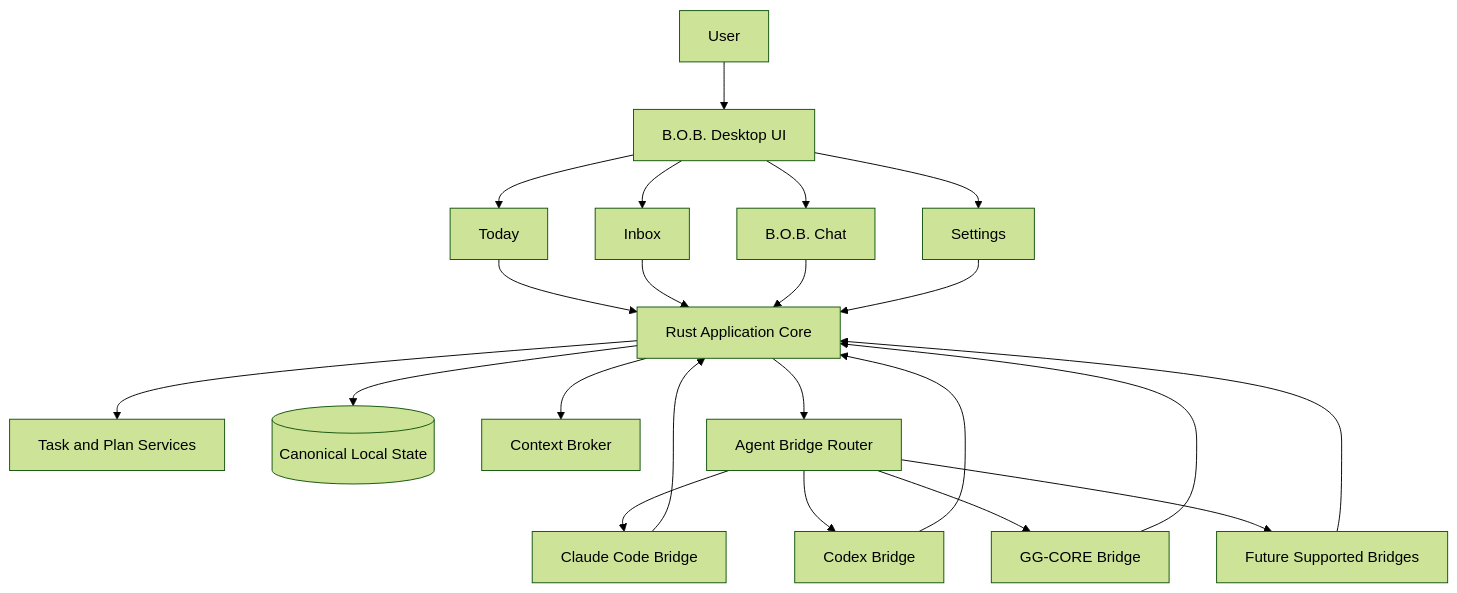
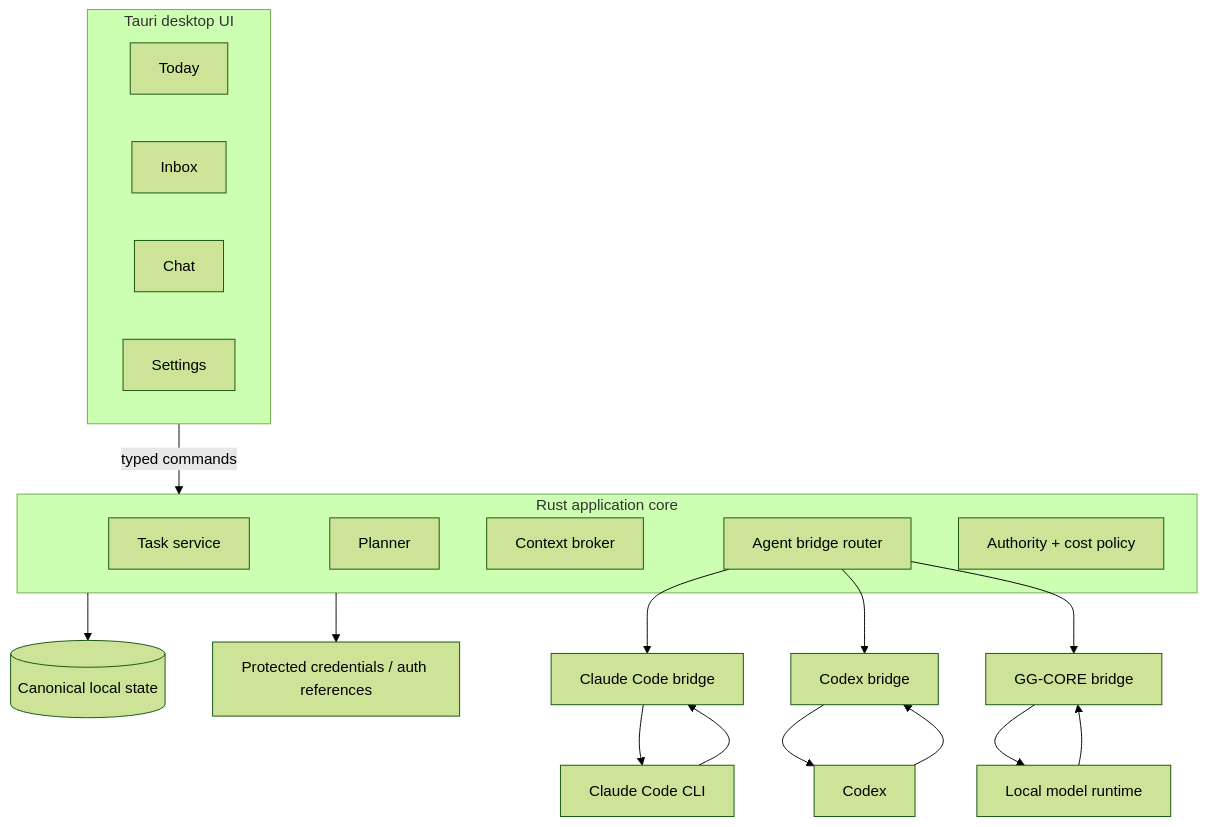
One commit to Knapp-Kevin/B.O.B. changed the fifth of 6 diagrams in README.md. Above: the diagram before and after it, drawn with Mermaid (forest theme). The commit also changed other lines of this file and 95 other files, not shown here.

````diff
--- a/README.md
+++ b/README.md
@@ -38,28 +215,34 @@
 ```mermaid
 flowchart TB
-    U[User] --> UI[B.O.B. Desktop UI]
-    UI --> TODAY[Today]
-    UI --> INBOX[Inbox]
-    UI --> CHAT[B.O.B. Chat]
-    UI --> SETTINGS[Settings]
+    subgraph UI[Tauri desktop UI]
+        TODAY[Today]
+        INBOX[Inbox]
+        CHAT[Chat]
+        SETTINGS[Settings]
+    end
 
-    TODAY --> CORE[Rust Application Core]
-    INBOX --> CORE
-    CHAT --> CORE
-    SETTINGS --> CORE
+    UI -->|typed commands| CORE
 
-    CORE --> TASKS[Task and Plan Services]
-    CORE --> STATE[(Canonical Local State)]
-    CORE --> BROKER[Context Broker]
-    CORE --> ROUTER[Agent Bridge Router]
+    subgraph CORE[Rust application core]
+        TASKS[Task service]
+        PLANNER[Planner]
+        CONTEXT[Context broker]
+        ROUTER[Agent bridge router]
+        POLICY[Authority + cost policy]
+    end
 
-    ROUTER --> CLAUDE[Claude Code Bridge]
-    ROUTER --> CODEX[Codex Bridge]
-    ROUTER --> GG[GG-CORE Bridge]
-    ROUTER --> FUTURE[Future Supported Bridges]
+    CORE --> STORE[(Canonical local state)]
+    CORE --> CREDS[Protected credentials / auth references]
 
-    CLAUDE --> CORE
-    CODEX --> CORE
-    GG --> CORE
-    FUTURE --> CORE
+    ROUTER --> C[Claude Code bridge]
+    ROUTER --> X[Codex bridge]
+    ROUTER --> G[GG-CORE bridge]
+
+    C --> EXT1[Claude Code CLI]
+    X --> EXT2[Codex]
+    G --> EXT3[Local model runtime]
+
+    EXT1 --> C
+    EXT2 --> X
+    EXT3 --> G
 ```
````
